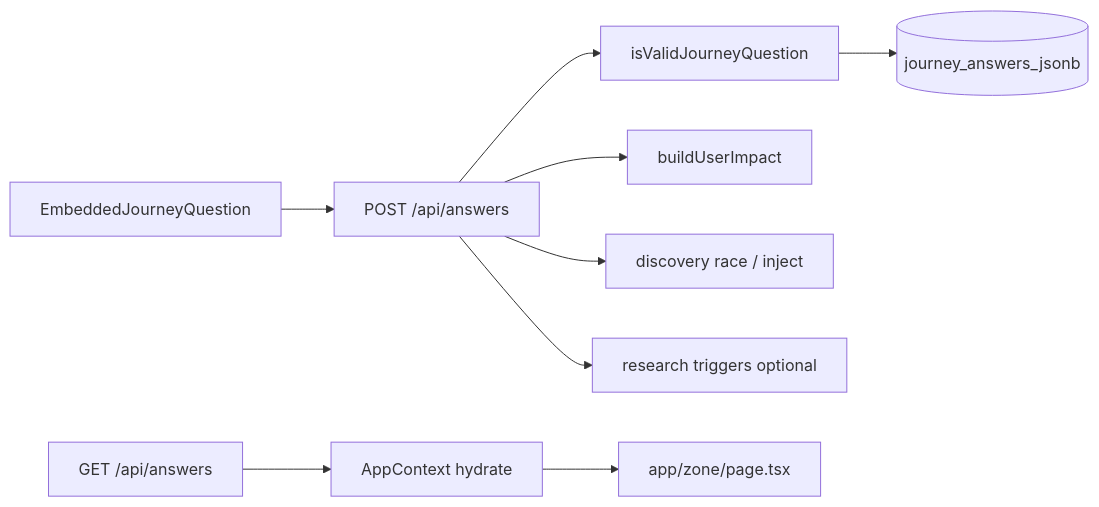
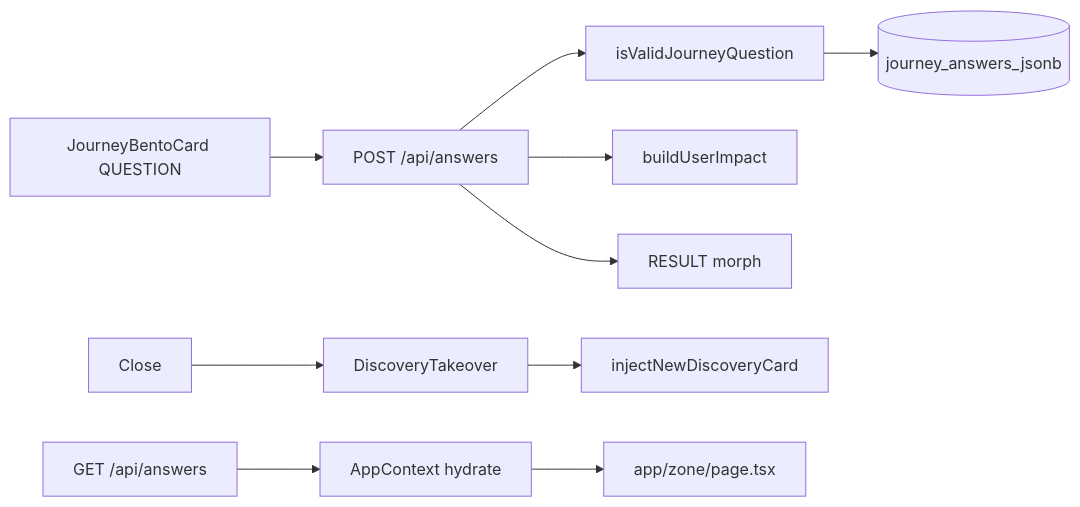
The first of 2 diagrams in docs/PROFILE-ANSWERS-ZONE-TECH.md (00app/00-ULM), drawn with Mermaid before and after one commit. The commit also changed other lines of this file and 149 other files, not shown here.

````diff
--- a/docs/PROFILE-ANSWERS-ZONE-TECH.md
+++ b/docs/PROFILE-ANSWERS-ZONE-TECH.md
@@ -50,11 +63,12 @@
 ```mermaid
 flowchart LR
-  UI[EmbeddedJourneyQuestion] --> POST["POST /api/answers"]
+  UI[JourneyBentoCard QUESTION] --> POST["POST /api/answers"]
   POST --> VAL[isValidJourneyQuestion]
   VAL --> DB[(journey_answers_jsonb)]
   POST --> IMP[buildUserImpact]
-  POST --> DISC[discovery race / inject]
-  POST --> RES[research triggers optional]
+  POST --> RES[RESULT morph]
+  CLOSE[Close] --> LOOP[DiscoveryTakeover]
+  LOOP --> BIRTH[injectNewDiscoveryCard]
   GET["GET /api/answers"] --> HYDRATE[AppContext hydrate]
   HYDRATE --> ZONE[app/zone/page.tsx]
 ```
````
